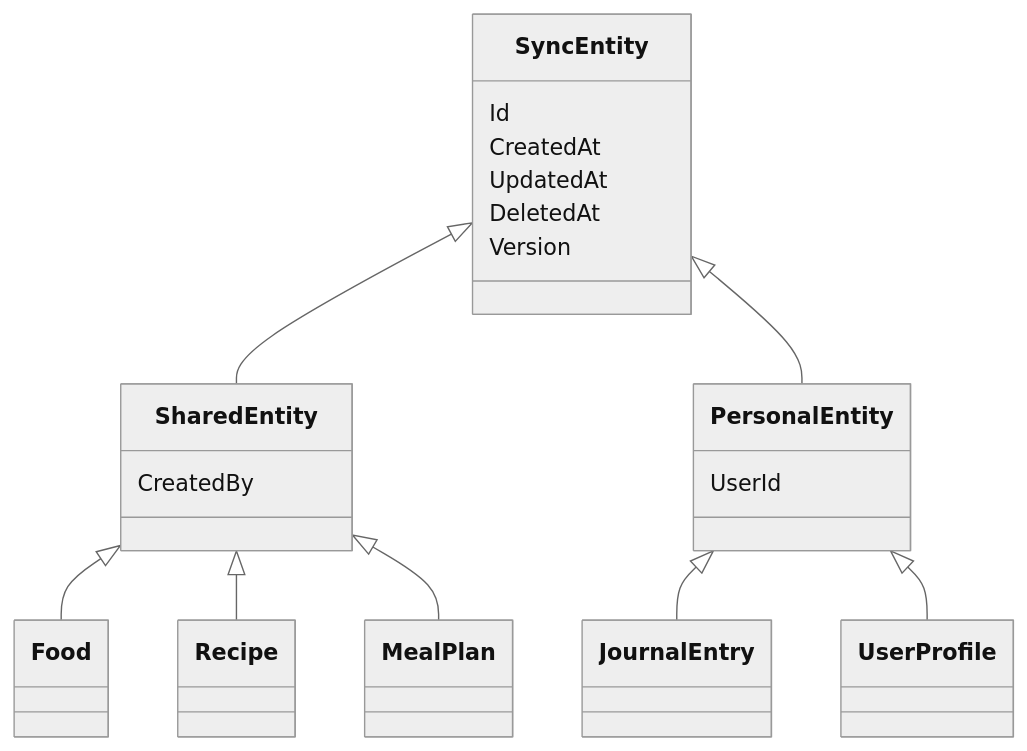
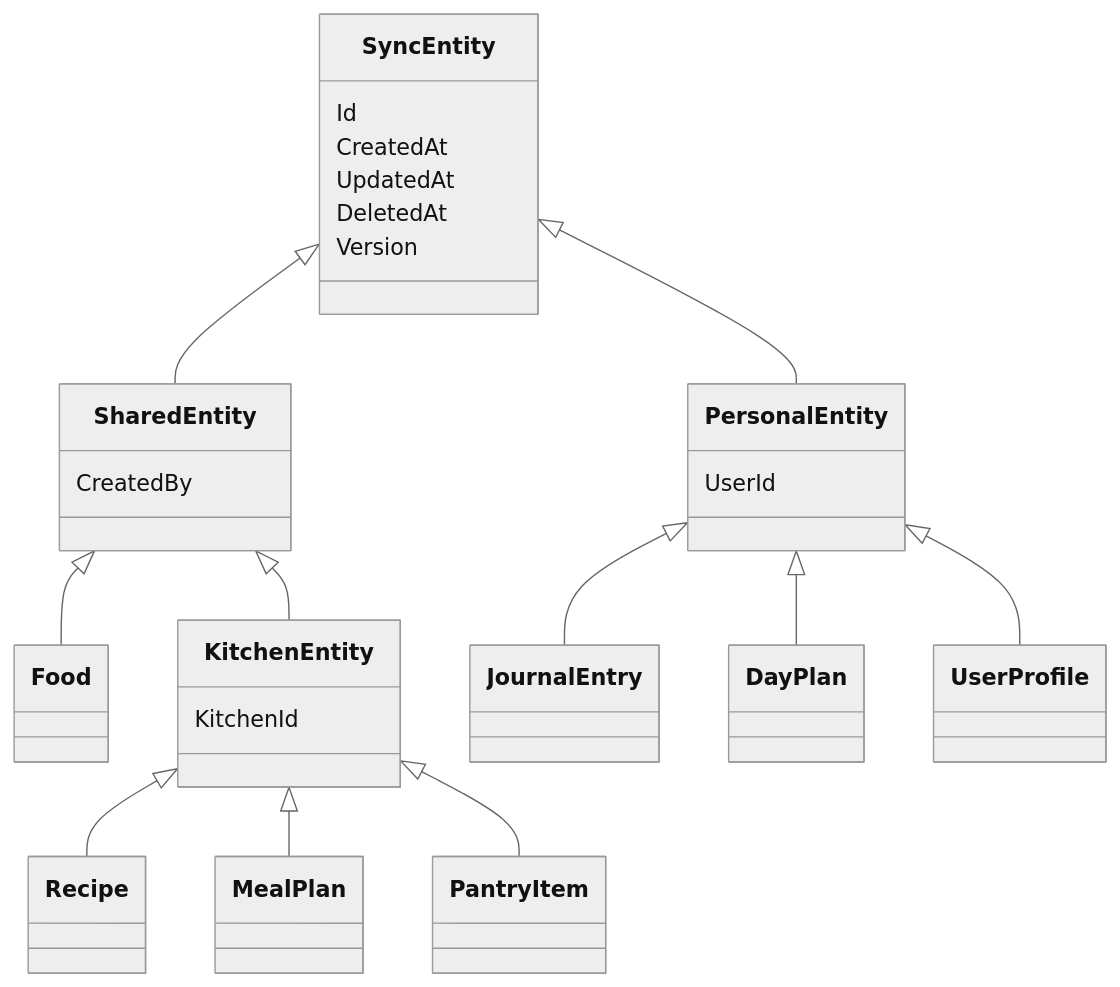
Before and after one commit to developedbyflow/macro-mate: the diagram in docs/ghid/04-baza-de-date.md, drawn with Mermaid (neutral theme). The commit also changed other lines of this file and 56 other files, not shown here.

````diff
--- a/docs/ghid/04-baza-de-date.md
+++ b/docs/ghid/04-baza-de-date.md
@@ -52,23 +55,29 @@
 ```mermaid
 classDiagram
   SyncEntity <|-- SharedEntity
   SyncEntity <|-- PersonalEntity
   SharedEntity <|-- Food
-  SharedEntity <|-- Recipe
-  SharedEntity <|-- MealPlan
+  SharedEntity <|-- KitchenEntity
+  KitchenEntity <|-- Recipe
+  KitchenEntity <|-- MealPlan
+  KitchenEntity <|-- PantryItem
   PersonalEntity <|-- JournalEntry
+  PersonalEntity <|-- DayPlan
   PersonalEntity <|-- UserProfile
   class SyncEntity {
     Id
     CreatedAt
     UpdatedAt
     DeletedAt
     Version
   }
   class SharedEntity {
     CreatedBy
   }
+  class KitchenEntity {
+    KitchenId
+  }
   class PersonalEntity {
     UserId
   }
 ```
````
